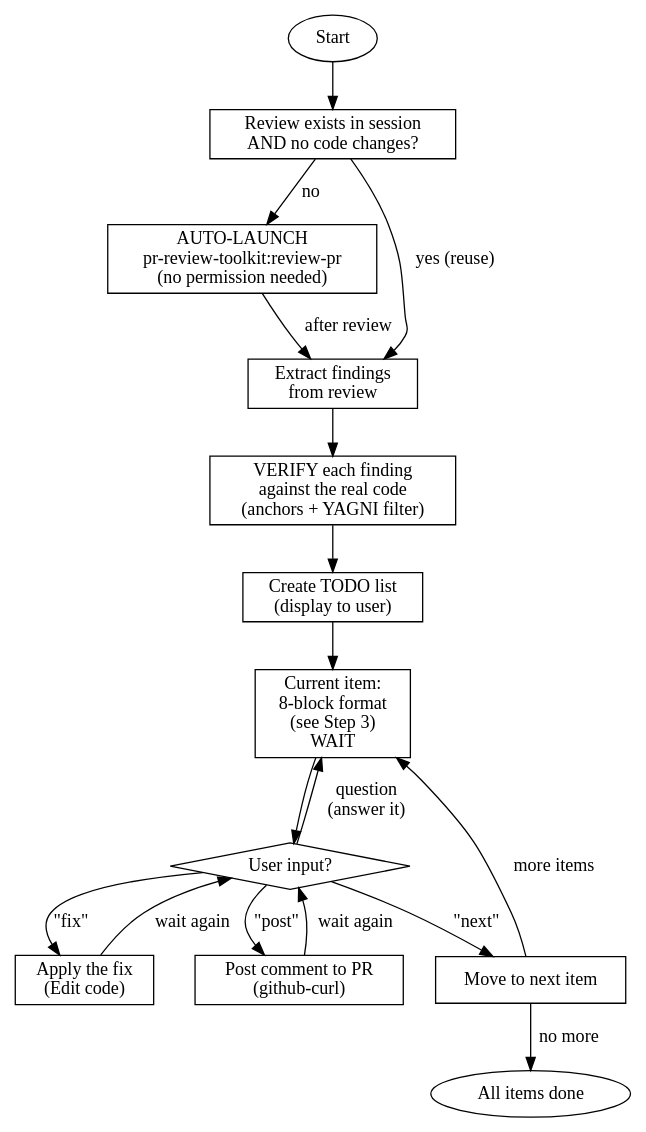
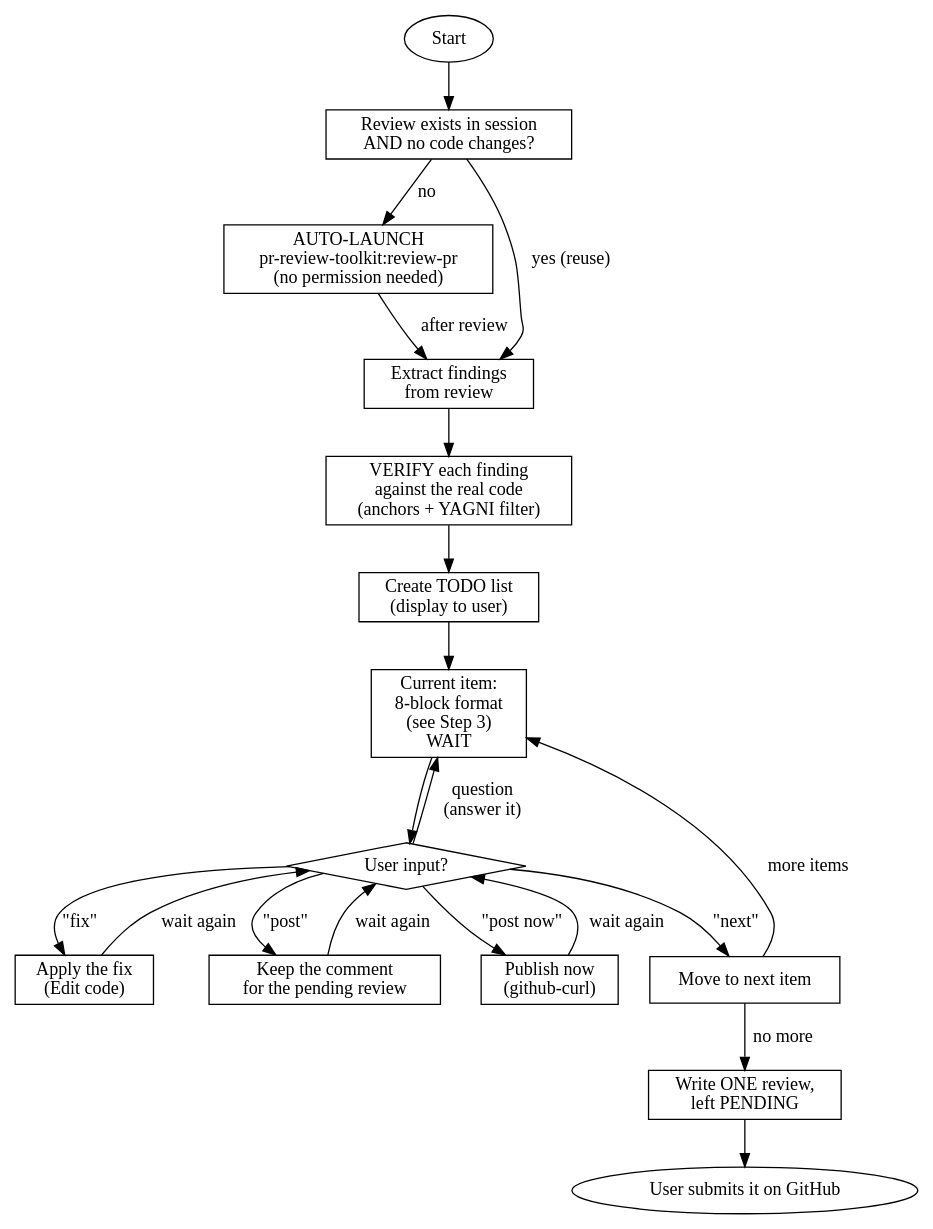
The diagram in skills/start-review/SKILL.md (LounisBou/claude-review), drawn with Graphviz before and after one commit. The commit also changed other lines of this file and 1 other file, not shown here.

````diff
--- a/skills/start-review/SKILL.md
+++ b/skills/start-review/SKILL.md
@@ -65,36 +66,41 @@
 ```dot
 digraph start_review {
     rankdir=TB;
     node [shape=box];
 
     start [label="Start" shape=ellipse];
     check_review [label="Review exists in session\nAND no code changes?"];
     auto_launch [label="AUTO-LAUNCH\npr-review-toolkit:review-pr\n(no permission needed)"];
     extract [label="Extract findings\nfrom review"];
     verify [label="VERIFY each finding\nagainst the real code\n(anchors + YAGNI filter)"];
     create_todo [label="Create TODO list\n(display to user)"];
     current [label="Current item:\n8-block format\n(see Step 3)\nWAIT"];
     user_input [label="User input?" shape=diamond];
     apply_fix [label="Apply the fix\n(Edit code)"];
-    post [label="Post comment to PR\n(github-curl)"];
+    post [label="Keep the comment\nfor the pending review"];
+    post_now [label="Publish now\n(github-curl)"];
     next_item [label="Move to next item"];
-    done [label="All items done" shape=ellipse];
+    write_review [label="Write ONE review,\nleft PENDING"];
+    done [label="User submits it on GitHub" shape=ellipse];
 
     start -> check_review;
     check_review -> extract [label="yes (reuse)"];
     check_review -> auto_launch [label="no"];
     auto_launch -> extract [label="after review"];
     extract -> verify;
     verify -> create_todo;
     create_todo -> current;
     current -> user_input;
     user_input -> apply_fix [label="\"fix\""];
     user_input -> post [label="\"post\""];
+    user_input -> post_now [label="\"post now\""];
     user_input -> next_item [label="\"next\""];
     user_input -> current [label="question\n(answer it)"];
     apply_fix -> user_input [label="wait again"];
     post -> user_input [label="wait again"];
+    post_now -> user_input [label="wait again"];
     next_item -> current [label="more items"];
-    next_item -> done [label="no more"];
+    next_item -> write_review [label="no more"];
+    write_review -> done;
 }
 ```
````
